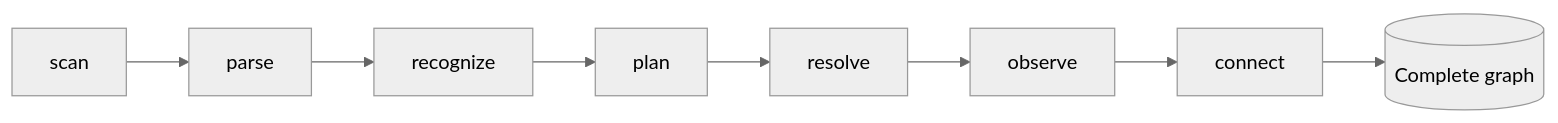
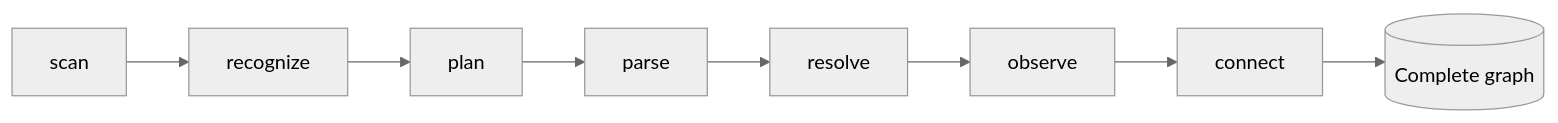
Before and after one commit to acaprino/daodan: the diagram in README.md, drawn with Mermaid (neutral theme). The commit also changed other lines of this file and 2 other files, not shown here.

````diff
--- a/README.md
+++ b/README.md
@@ -22,4 +23,4 @@
 ```mermaid
 flowchart LR
-  scan --> parse --> recognize --> plan --> resolve --> observe --> connect --> G[(Complete graph)]
+  scan --> recognize --> plan --> parse --> resolve --> observe --> connect --> G[(Complete graph)]
 ```
````
